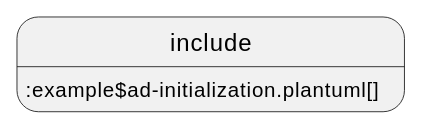
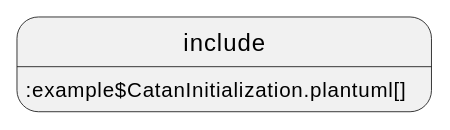
One commit to Bobinho44/PROJET_OOAD_M1 changed the third of 5 diagrams in catan-doc/modules/architecture/pages/architecture.adoc. Above: the diagram before and after it, drawn with PlantUML. The commit also changed other lines of this file and 2 other files, not shown here.

```diff
--- a/catan-doc/modules/architecture/pages/architecture.adoc
+++ b/catan-doc/modules/architecture/pages/architecture.adoc
@@ -49,4 +49,4 @@
 [plantuml]
 ----
-include::example$ad-initialization.plantuml[]
+include::example$CatanInitialization.plantuml[]
 ----
```
